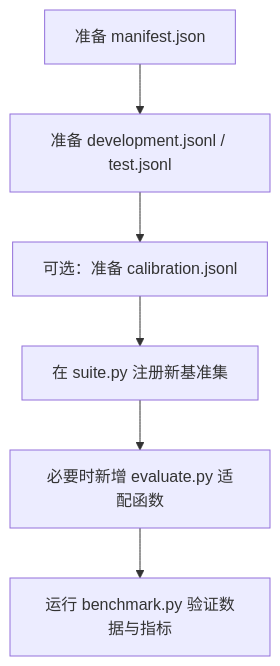
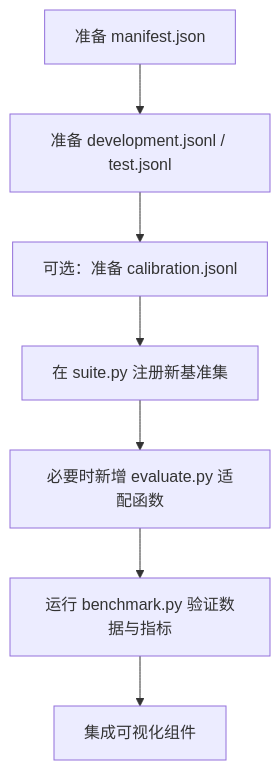
One commit to joezxh/kev changed the sixth of 10 diagrams in .qoder/repowiki/zh/content/评估系统/评估系统.md. Above: the diagram before and after it, drawn with Mermaid. The commit also changed other lines of this file and 101 other files, not shown here.

````diff
--- a/.qoder/repowiki/zh/content/评估系统/评估系统.md
+++ b/.qoder/repowiki/zh/content/评估系统/评估系统.md
@@ -348,8 +402,9 @@
 ```mermaid
 flowchart TD
 A["准备 manifest.json"] --> B["准备 development.jsonl / test.jsonl"]
 B --> C["可选：准备 calibration.jsonl"]
 C --> D["在 suite.py 注册新基准集"]
 D --> E["必要时新增 evaluate.py 适配函数"]
 E --> F["运行 benchmark.py 验证数据与指标"]
+F --> G["集成可视化组件"]
 ```
````
